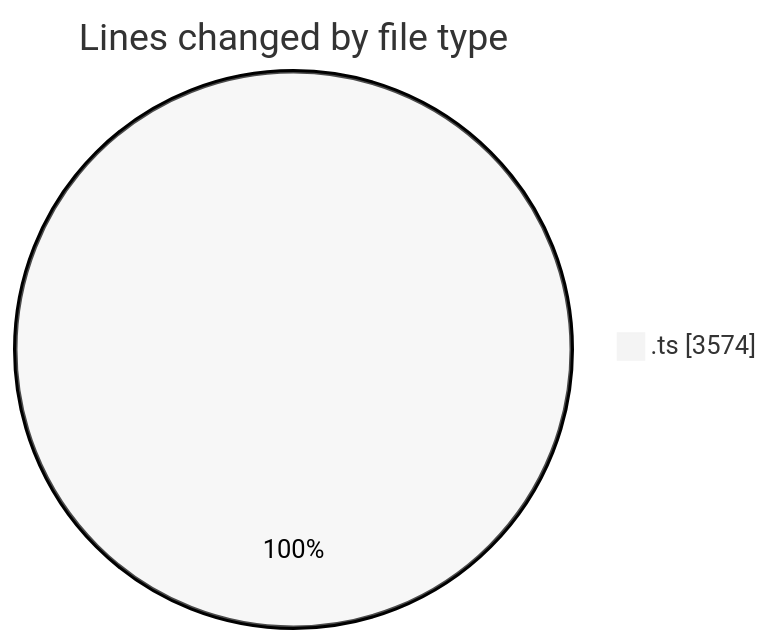
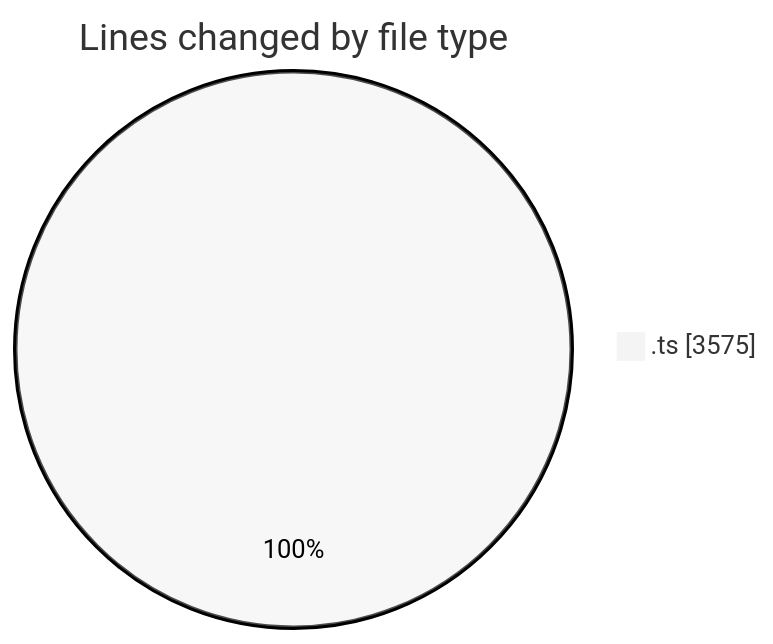
One commit to momahboobian/code-tracking changed the first of 2 diagrams in 2025-10-23/cda/README.md. Above: the diagram before and after it, drawn with Mermaid (neutral theme). The commit also changed other lines of this file and 1 other file, not shown here.

````diff
--- a/2025-10-23/cda/README.md
+++ b/2025-10-23/cda/README.md
@@ -24,5 +24,5 @@
 ```mermaid
 pie showData
 title Lines changed by file type
-".ts" : 3574
+".ts" : 3575
 ```
````
